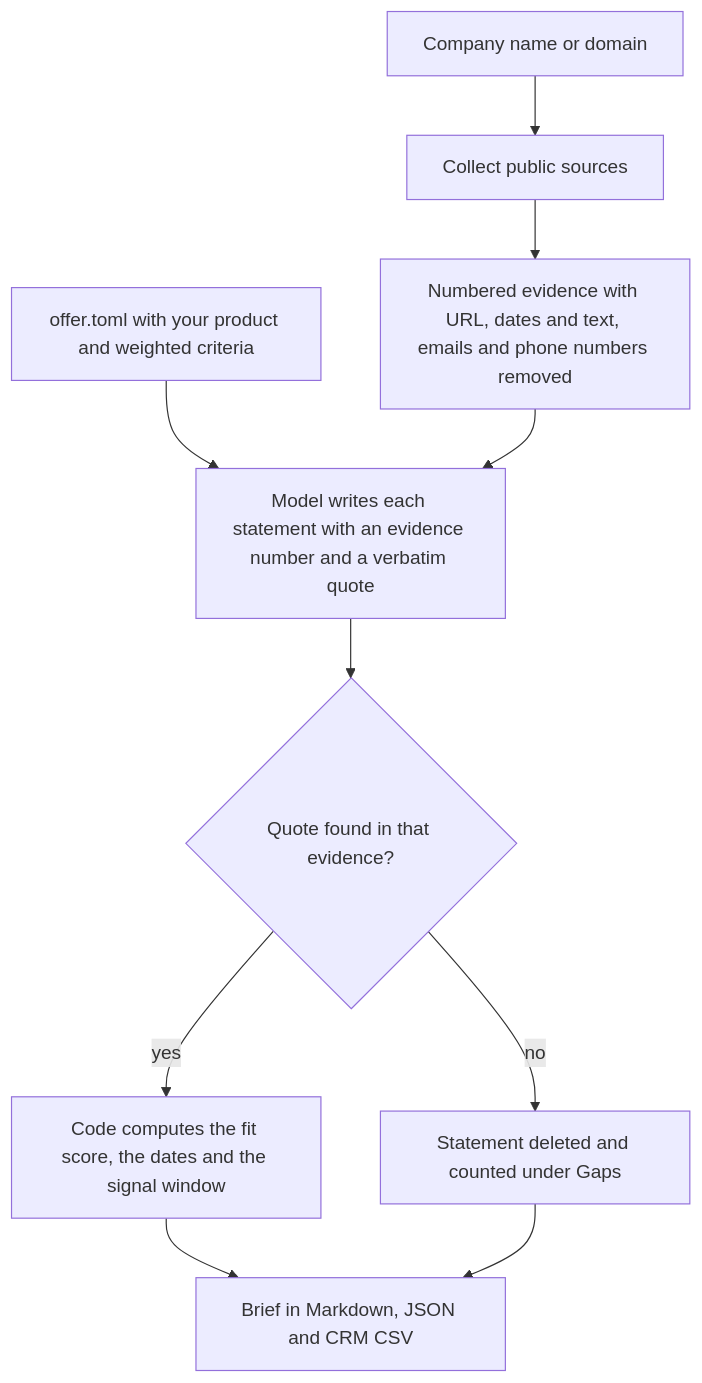
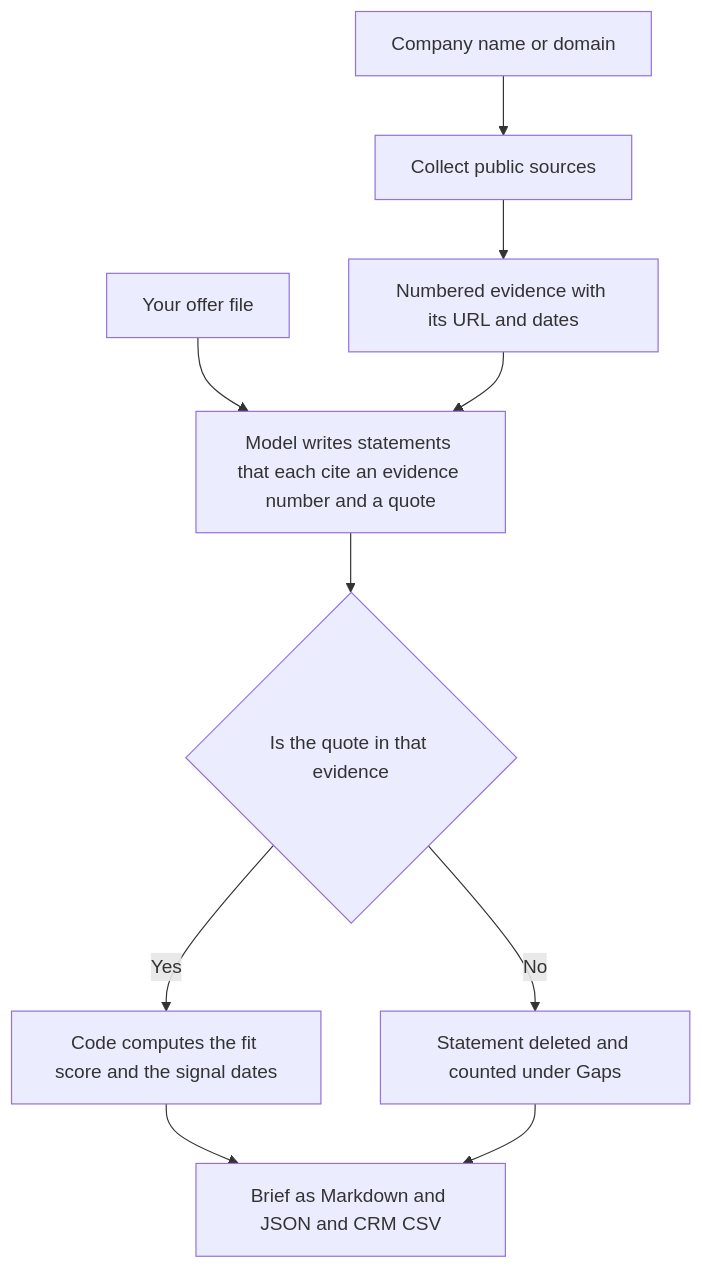
The diagram in README.md (Bouliw/foothold), drawn with Mermaid before and after one commit.

Commit message:
Simplify the pipeline diagram

````diff
--- a/README.md
+++ b/README.md
@@ -114,12 +114,12 @@
 ```mermaid
-flowchart TD
-    input["Company name or domain"] --> collect["Collect public sources"]
-    collect --> evidence["Numbered evidence with URL, dates and text, emails and phone numbers removed"]
-    offer["offer.toml with your product and weighted criteria"] --> model
-    evidence --> model["Model writes each statement with an evidence number and a verbatim quote"]
-    model --> check{"Quote found in that evidence?"}
-    check -- no --> dropped["Statement deleted and counted under Gaps"]
-    check -- yes --> score["Code computes the fit score, the dates and the signal window"]
-    score --> brief["Brief in Markdown, JSON and CRM CSV"]
-    dropped --> brief
+graph TD
+    A[Company name or domain] --> B[Collect public sources]
+    B --> C[Numbered evidence with its URL and dates]
+    O[Your offer file] --> D
+    C --> D[Model writes statements that each cite an evidence number and a quote]
+    D --> E{Is the quote in that evidence}
+    E -->|No| G[Statement deleted and counted under Gaps]
+    E -->|Yes| F[Code computes the fit score and the signal dates]
+    F --> H[Brief as Markdown and JSON and CRM CSV]
+    G --> H
 ```
````
